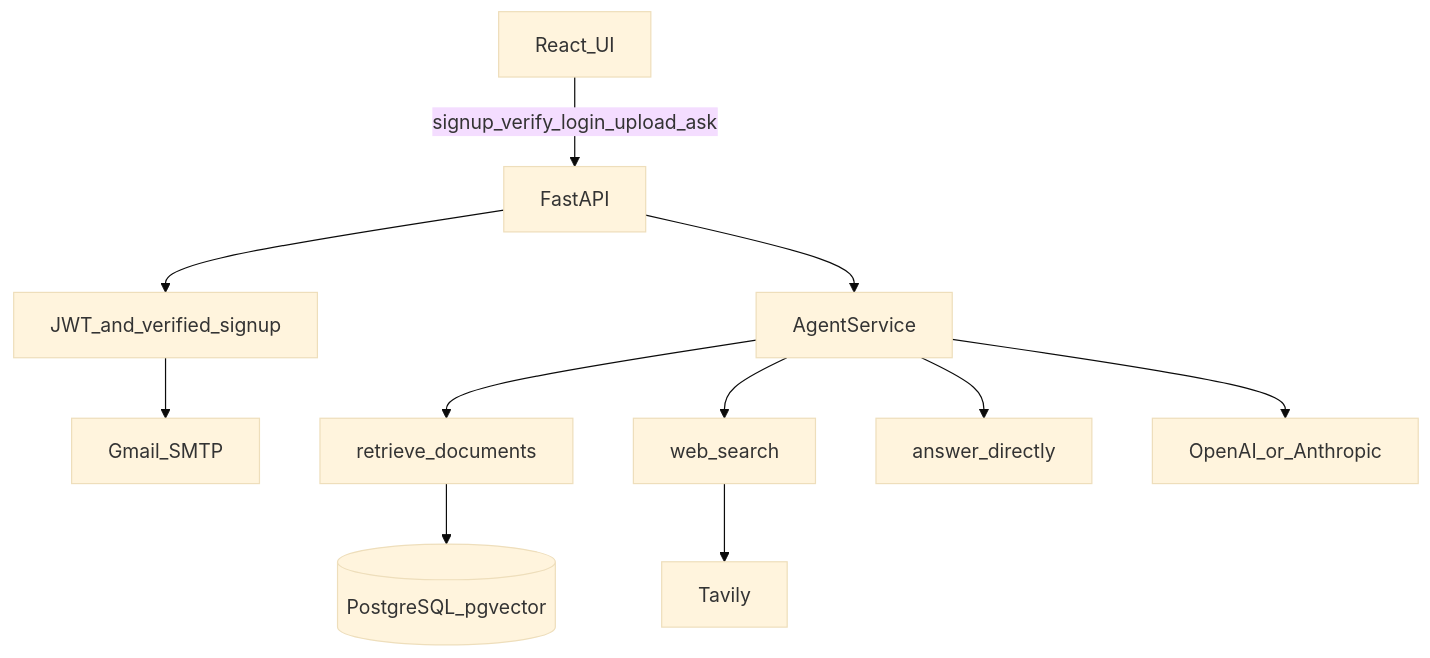
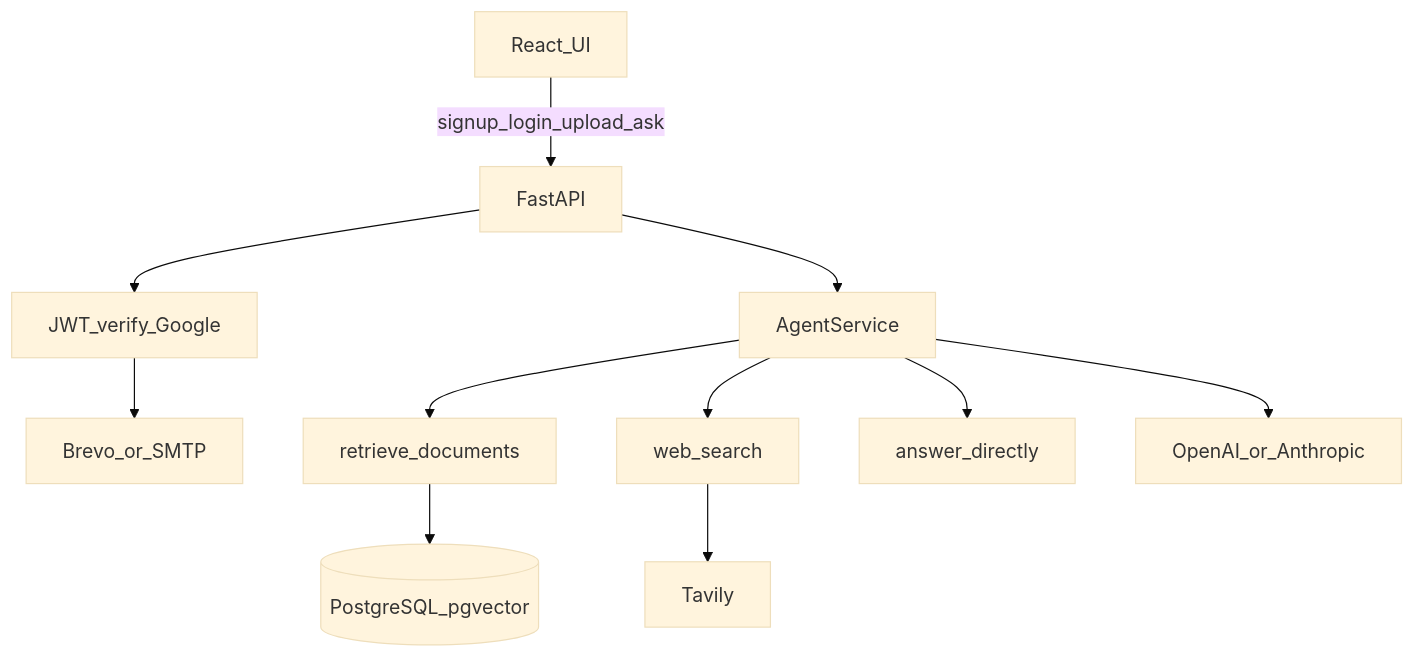
The diagram in README.md (mercuriorenau/Agentic-RAG-API), drawn with Mermaid (base theme) before and after one commit. The commit also changed other lines of this file and 1 other file, not shown here.

````diff
--- a/README.md
+++ b/README.md
@@ -11,25 +72,25 @@
 ```mermaid
 flowchart TB
   UI[React_UI]
   API[FastAPI]
-  Auth[JWT_and_verified_signup]
-  Email[Gmail_SMTP]
+  Auth[JWT_verify_Google]
+  Email[Brevo_or_SMTP]
   Agent[AgentService]
   Retrieve[retrieve_documents]
   Web[web_search]
   Direct[answer_directly]
   PG[(PostgreSQL_pgvector)]
   LLM[OpenAI_or_Anthropic]
   Tavily[Tavily]
 
-  UI -->|signup_verify_login_upload_ask| API
+  UI -->|signup_login_upload_ask| API
   API --> Auth
   Auth --> Email
   API --> Agent
   Agent --> LLM
   Agent --> Retrieve
   Agent --> Web
   Agent --> Direct
   Retrieve --> PG
   Web --> Tavily
 ```
````
